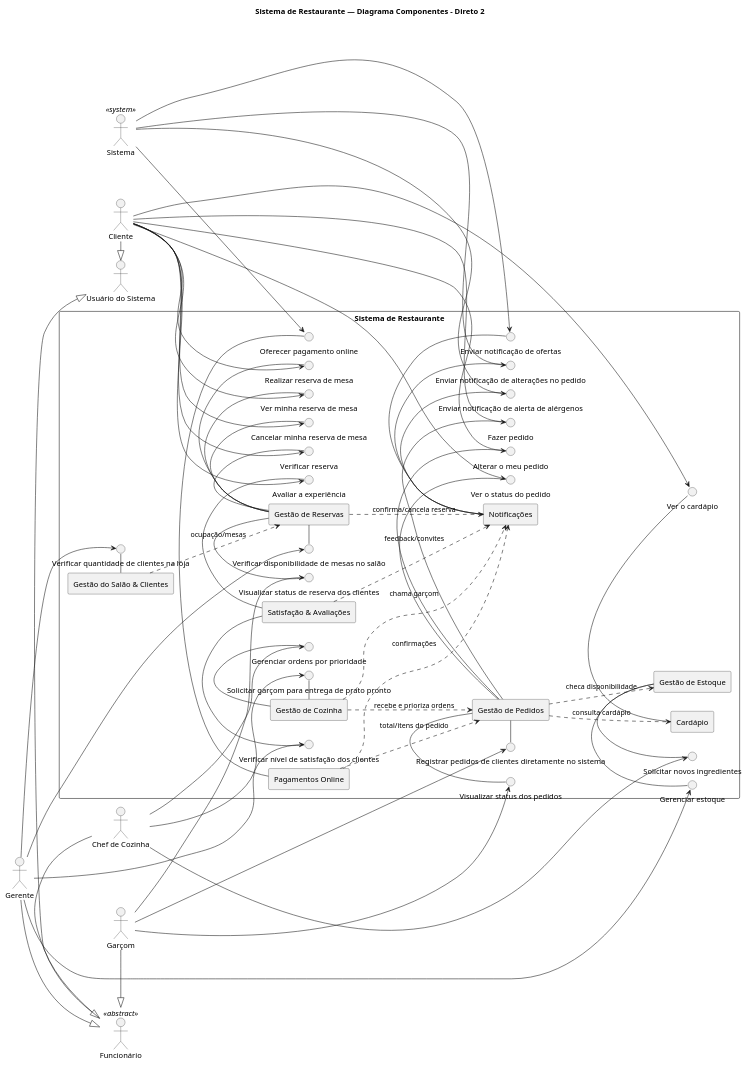
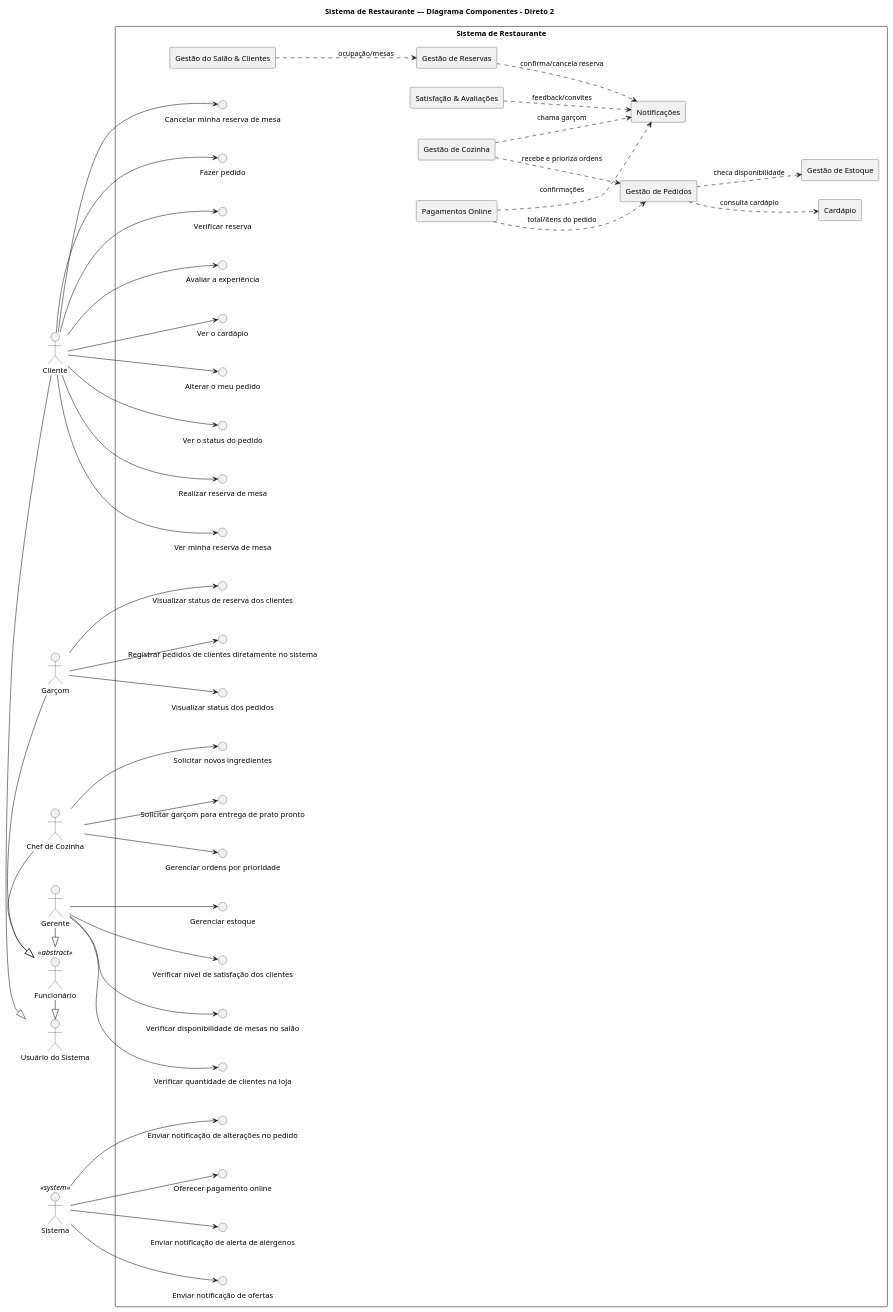
Before and after one commit to carloshenriquehannas/TCC: the diagram in componentes-restaurante-direto2.puml, drawn with PlantUML.

```diff
--- a/componentes-restaurante-direto2.puml
+++ b/componentes-restaurante-direto2.puml
@@ -1,146 +1,112 @@
 @startuml componentes - restaurante - direto2
 title Sistema de Restaurante — Diagrama Componentes - Direto 2
 
 left to right direction
 skinparam componentStyle rectangle
 skinparam packageStyle rectangle
 
 '=== Atores (mesmos do caso de uso) ===
 actor "Usuário do Sistema" as Usuario
 actor "Funcionário" as Funcionario <<abstract>>
 actor "Garçom" as Garcom
 actor "Chef de Cozinha" as Chef
 actor "Gerente" as Gerente
 actor "Cliente" as Cliente
 actor "Sistema" as Sistema <<system>>
 
 '=== Heranças de atores ===
 Cliente     -|> Usuario
 Funcionario -|> Usuario
 Garcom      -|> Funcionario
 Chef        -|> Funcionario
 Gerente     -|> Funcionario
 
 package "Sistema de Restaurante" as SistemaRestaurante {
 
   '=== Componentes ===
   component "Gestão de Reservas"               as C_Reservas
   component "Gestão de Pedidos"                as C_Pedidos
   component "Cardápio"                         as C_Cardapio
   component "Gestão de Estoque"                as C_Estoque
   component "Gestão de Cozinha"                as C_Cozinha
   component "Gestão do Salão & Clientes"       as C_Salao
   component "Satisfação & Avaliações"          as C_Satisfacao
   component "Pagamentos Online"                as C_Pagamento
   component "Notificações"                     as C_Notificacoes
 
   '=== Interfaces (uma por caso de uso, nomes idênticos) ===
   '--- Gerente ---
   interface "Verificar disponibilidade de mesas no salão" as I_VerMesas
   interface "Verificar quantidade de clientes na loja"    as I_VerClientes
   interface "Gerenciar estoque"                           as I_GerenciarEstoque
   interface "Verificar nível de satisfação dos clientes"  as I_VerSatisfacao
 
   '--- Chef ---
   interface "Solicitar garçom para entrega de prato pronto" as I_SolicitarGarcom
   interface "Gerenciar ordens por prioridade"                as I_GerenciarPrioridade
   interface "Solicitar novos ingredientes"                   as I_SolicitarIngredientes
 
   '--- Garçom ---
   interface "Registrar pedidos de clientes diretamente no sistema" as I_G_RegistrarPedido
   interface "Visualizar status dos pedidos"                        as I_G_VerStatusPedidos
   interface "Visualizar status de reserva dos clientes"            as I_G_VerStatusReserva
 
   '--- Cliente ---
   interface "Fazer pedido"                      as I_C_FazerPedido
   interface "Verificar reserva"                 as I_C_VerificarReserva
   interface "Avaliar a experiência"             as I_C_AvaliarExperiencia
   interface "Ver o cardápio"                    as I_C_VerCardapio
   interface "Alterar o meu pedido"              as I_C_AlterarPedido
   interface "Ver o status do pedido"            as I_C_VerStatusPedido
   interface "Realizar reserva de mesa"          as I_C_ReservarMesa
   interface "Ver minha reserva de mesa"         as I_C_VerMinhaReserva
   interface "Cancelar minha reserva de mesa"    as I_C_CancelarReserva
 
   '--- Ator Sistema ---
   interface "Enviar notificação de alerta de alérgenos"  as I_Sis_Alergenos
   interface "Enviar notificação de ofertas"              as I_Sis_Ofertas
   interface "Enviar notificação de alterações no pedido" as I_Sis_AlteracaoPedido
   interface "Oferecer pagamento online"                  as I_Sis_PagamentoOnline
 
-  '=== Componentes que PROVÊEM cada interface (lollipop) ===
-  ' Gerente
-  C_Reservas     - I_VerMesas
-  C_Salao        - I_VerClientes
-  C_Estoque      - I_GerenciarEstoque
-  C_Satisfacao   - I_VerSatisfacao
-
-  ' Chef
-  C_Cozinha      - I_SolicitarGarcom
-  C_Cozinha      - I_GerenciarPrioridade
-  C_Estoque      - I_SolicitarIngredientes
-
-  ' Garçom
-  C_Pedidos      - I_G_RegistrarPedido
-  C_Pedidos      - I_G_VerStatusPedidos
-  C_Reservas     - I_G_VerStatusReserva
-
-  ' Cliente
-  C_Pedidos      - I_C_FazerPedido
-  C_Reservas     - I_C_VerificarReserva
-  C_Satisfacao   - I_C_AvaliarExperiencia
-  C_Cardapio     - I_C_VerCardapio
-  C_Pedidos      - I_C_AlterarPedido
-  C_Pedidos      - I_C_VerStatusPedido
-  C_Reservas     - I_C_ReservarMesa
-  C_Reservas     - I_C_VerMinhaReserva
-  C_Reservas     - I_C_CancelarReserva
-
-  ' Ator Sistema
-  C_Notificacoes - I_Sis_Alergenos
-  C_Notificacoes - I_Sis_Ofertas
-  C_Notificacoes - I_Sis_AlteracaoPedido
-  C_Pagamento    - I_Sis_PagamentoOnline
-
   '=== Dependências entre componentes (internas ao sistema) ===
   C_Pedidos      ..> C_Cardapio       : consulta cardápio
   C_Pedidos      ..> C_Estoque        : checa disponibilidade
   C_Cozinha      ..> C_Pedidos        : recebe e prioriza ordens
   C_Cozinha      ..> C_Notificacoes   : chama garçom
   C_Pagamento    ..> C_Pedidos        : total/itens do pedido
   C_Pagamento    ..> C_Notificacoes   : confirmações
   C_Satisfacao   ..> C_Notificacoes   : feedback/convites
   C_Salao        ..> C_Reservas       : ocupação/mesas
   C_Reservas     ..> C_Notificacoes   : confirma/cancela reserva
 }
 
 '=== Ligações dos ATORES às interfaces (como no caso de uso) ===
 Gerente --> I_VerMesas
 Gerente --> I_VerClientes
 Gerente --> I_GerenciarEstoque
 Gerente --> I_VerSatisfacao
 
 Chef   --> I_SolicitarGarcom
 Chef   --> I_GerenciarPrioridade
 Chef   --> I_SolicitarIngredientes
 
 Garcom --> I_G_RegistrarPedido
 Garcom --> I_G_VerStatusPedidos
 Garcom --> I_G_VerStatusReserva
 
 Cliente --> I_C_FazerPedido
 Cliente --> I_C_VerificarReserva
 Cliente --> I_C_AvaliarExperiencia
 Cliente --> I_C_VerCardapio
 Cliente --> I_C_AlterarPedido
 Cliente --> I_C_VerStatusPedido
 Cliente --> I_C_ReservarMesa
 Cliente --> I_C_VerMinhaReserva
 Cliente --> I_C_CancelarReserva
 
 Sistema --> I_Sis_Alergenos
 Sistema --> I_Sis_Ofertas
 Sistema --> I_Sis_AlteracaoPedido
 Sistema --> I_Sis_PagamentoOnline
 
 @enduml
```
